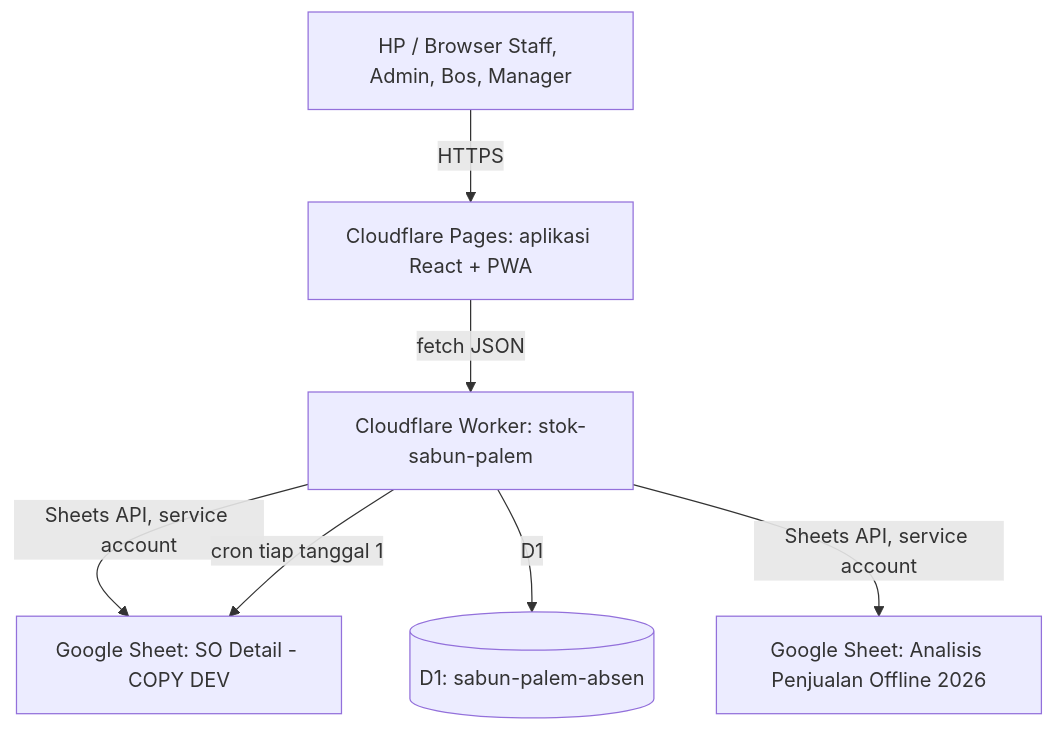
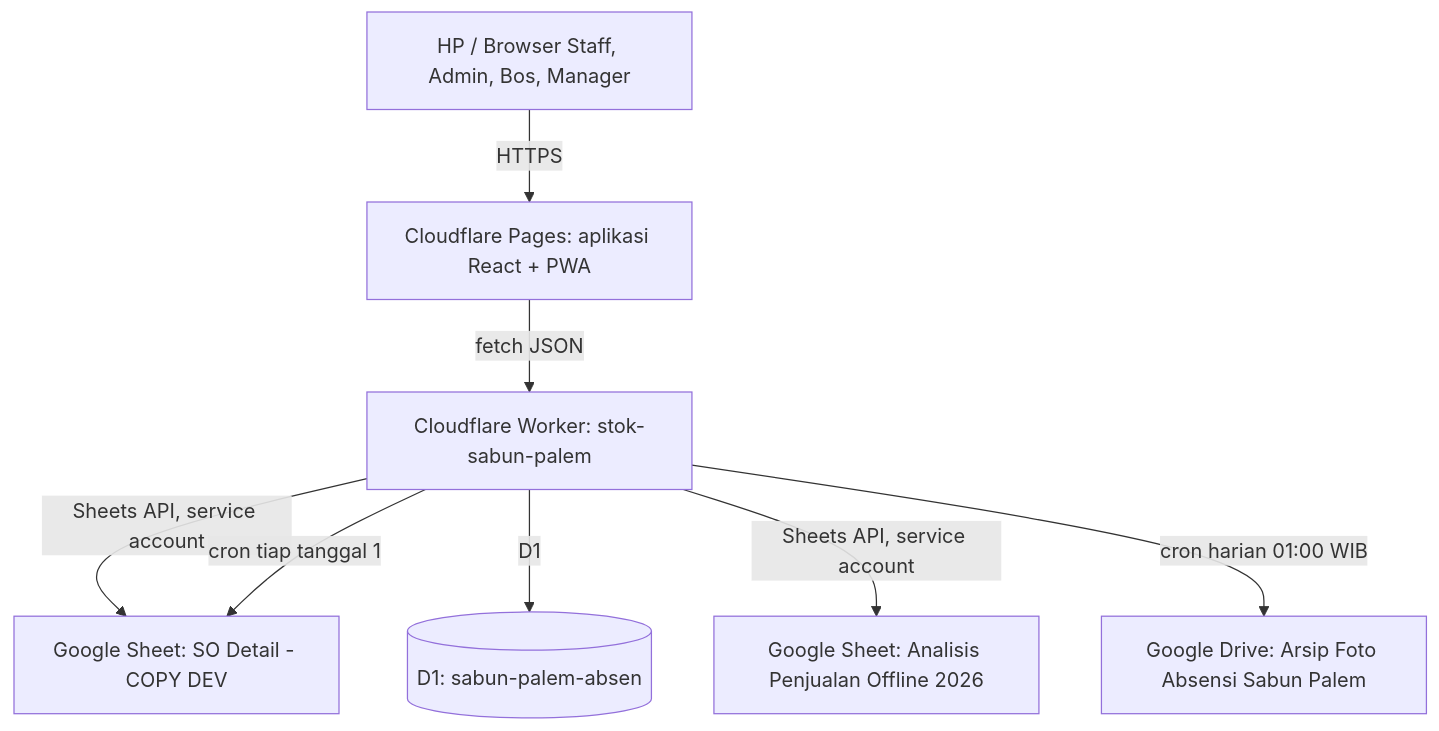
The first of 3 diagrams in docs/arsitektur.md (zakyShadra/stok-caturwangsa), drawn with Mermaid before and after one commit. The commit also changed other lines of this file and 2 other files, not shown here.

Commit message:
docs: fix endpoint names, document Drive photo archive and migration

````diff
--- a/docs/arsitektur.md
+++ b/docs/arsitektur.md
@@ -14,9 +14,10 @@
 ```mermaid
 flowchart TD
     HP[HP / Browser Staff, Admin, Bos, Manager] -->|HTTPS| Pages[Cloudflare Pages: aplikasi React + PWA]
     Pages -->|fetch JSON| Worker[Cloudflare Worker: stok-sabun-palem]
     Worker -->|Sheets API, service account| Sheet[Google Sheet: SO Detail - COPY DEV]
     Worker -->|D1| D1[(D1: sabun-palem-absen)]
     Worker -->|Sheets API, service account| Analisis[Google Sheet: Analisis Penjualan Offline 2026]
+    Worker -->|cron harian 01:00 WIB| Drive[Google Drive: Arsip Foto Absensi Sabun Palem]
     Worker -->|cron tiap tanggal 1| Sheet
 ```
````
